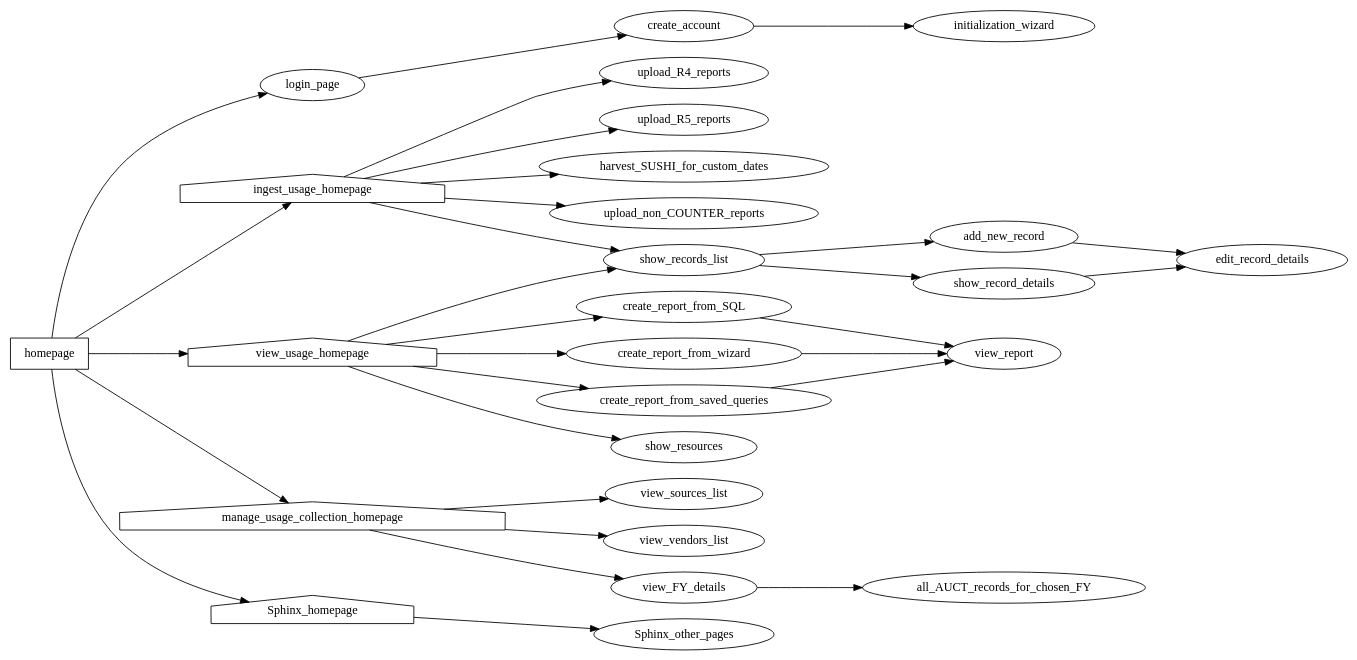
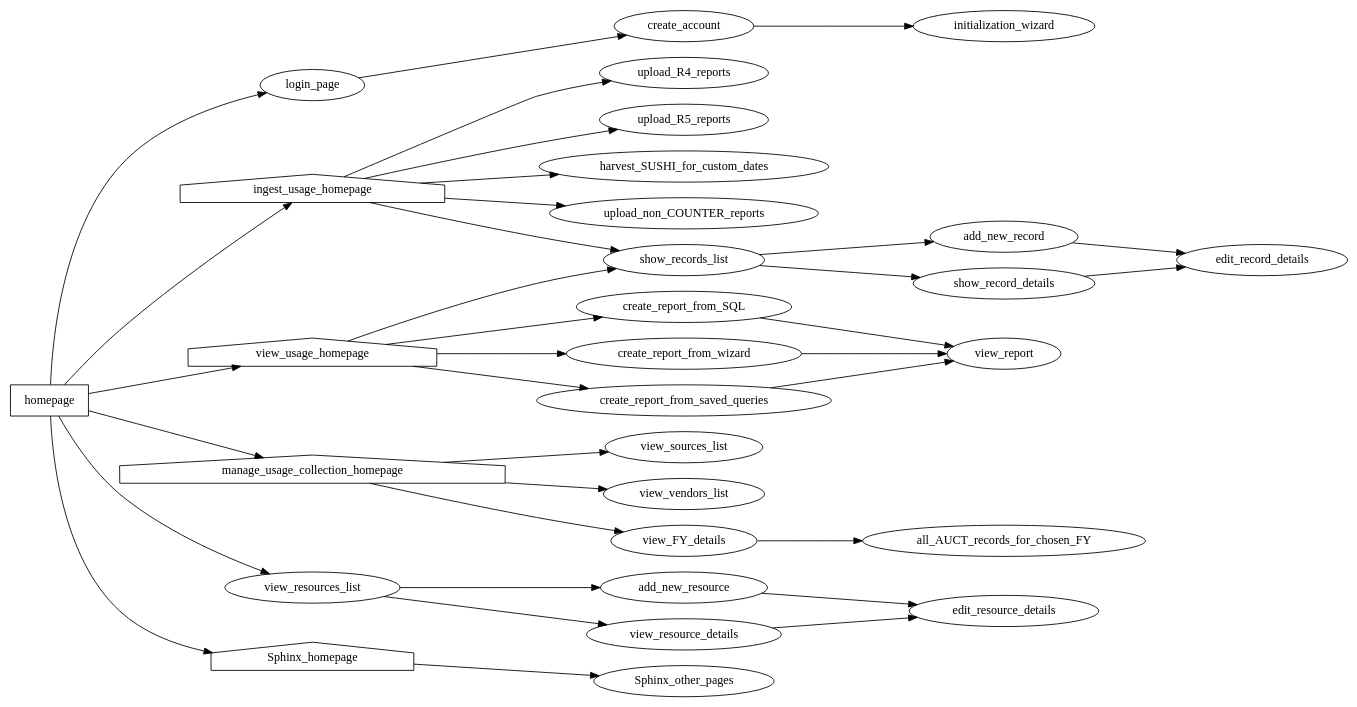
Before and after one commit to ereiskind/nolcat: the diagram in docs/source/sitemap.dot, drawn with Graphviz. The commit also changed 2 other files, not shown here.

Commit message:
Create `view_resources` blueprint

```diff
--- a/docs/source/sitemap.dot
+++ b/docs/source/sitemap.dot
@@ -1,96 +1,108 @@
 digraph nolcat_sitemap {
     /* *** NoLCAT SITEMAP *** */
     rankdir=LR
 
 
     /* *** Main NoLCAT Folder *** */
     homepage [shape="box"]
         homepage -> login_page
         homepage -> ingest_usage_homepage
         homepage -> manage_usage_collection_homepage
+        homepage -> view_resources_list
         homepage -> view_usage_homepage
         homepage -> Sphinx_homepage
     
 
     /* *** `login` Blueprint *** */
     login_page
         login_page -> create_account
     // Account creation may not be needed--a single set of credentials for each user type may be created instead
     create_account
         create_account -> initialization_wizard // Page in `ingest` section; linkage because program will request data for database initialization upon creation of first account
     // And any other pages needed for authentication
 
 
     /* *** `initialization` Blueprint *** */
     initialization_wizard
 
 
     /* *** `ingest_usage` Blueprint *** */
     ingest_usage_homepage [shape="house"]
         ingest_usage_homepage -> upload_R4_reports
         ingest_usage_homepage -> upload_R5_reports
         ingest_usage_homepage -> harvest_SUSHI_for_custom_dates
         ingest_usage_homepage -> upload_non_COUNTER_reports
     upload_R4_reports
     upload_R5_reports
     harvest_SUSHI_for_custom_dates
     upload_non_COUNTER_reports
 
 
     /* *** `annual_stats` Blueprint *** */
     manage_usage_collection_homepage [shape="house"]
         manage_usage_collection_homepage -> view_sources_list // For StatisticsSources and ResourceSources
         manage_usage_collection_homepage -> view_vendors_list
         manage_usage_collection_homepage -> view_FY_details // The FY for which the details will be shown is selected before going to the page
     view_FY_details
         view_FY_details -> all_AUCT_records_for_chosen_FY
     all_AUCT_records_for_chosen_FY
+
+
+    /* *** `view_resources` Blueprint *** */
+    // At present, resources are purely generated by SUSHI R5 harvests and have no notes atached to them. How should notes be incorporated? Should editing the list or its entries be allowed? Is this where non-title extra data should be used--saved in a table with fields for the data and the metadata label, which is displayed here with Jinja? What about non-COUNTER resources?
+    view_resources_list
+        view_resources_list -> add_new_resource
+        view_resources_list -> view_resource_details
+    add_new_resource
+        add_new_resource -> edit_resource_details // To provide info for the new resource
+    view_resource_details
+        view_resource_details -> edit_resource_details
+    edit_resource_details // Includes adding or editing notes
     
 
 
 
 
     /* ******************************************************************************************* */
     
 
 
     /* *** `ingest` Blueprint *** */
     ingest_usage_homepage [shape="house"]
 
         ingest_usage_homepage -> show_records_list
    
 
     /* *** `view` Blueprint *** */
     view_usage_homepage [shape="house"]
         view_usage_homepage -> create_report_from_SQL
         view_usage_homepage -> create_report_from_wizard
         view_usage_homepage -> create_report_from_saved_queries
         view_usage_homepage -> show_records_list
-        view_usage_homepage -> show_resources
-    show_resources // Meaning the items in the resources table
+    
     
     // Pages for Querying and Displaying Usage Data
     create_report_from_SQL // Runs a custom SQL statement against the database
         create_report_from_SQL -> view_report
     create_report_from_wizard // GUI options are used to write SQL behind the scenes
         create_report_from_wizard -> view_report
     create_report_from_saved_queries // SQL statements that are either complete or only ask for one input for commonly asked questions
         create_report_from_saved_queries -> view_report
     view_report
 
     // Pages for Viewing, Adding, and Editing Records to a Relation
     show_records_list
         show_records_list -> add_new_record
         show_records_list -> show_record_details
     add_new_record
         add_new_record -> edit_record_details // To provide info for the new record
     show_record_details
         show_record_details -> edit_record_details
     edit_record_details // Includes adding or editing notes
 
 
     /* *** Sphinx *** */
     Sphinx_homepage [shape="house"]
         Sphinx_homepage -> Sphinx_other_pages
     Sphinx_other_pages // Use Sphinx itself for site organization
 }
```
